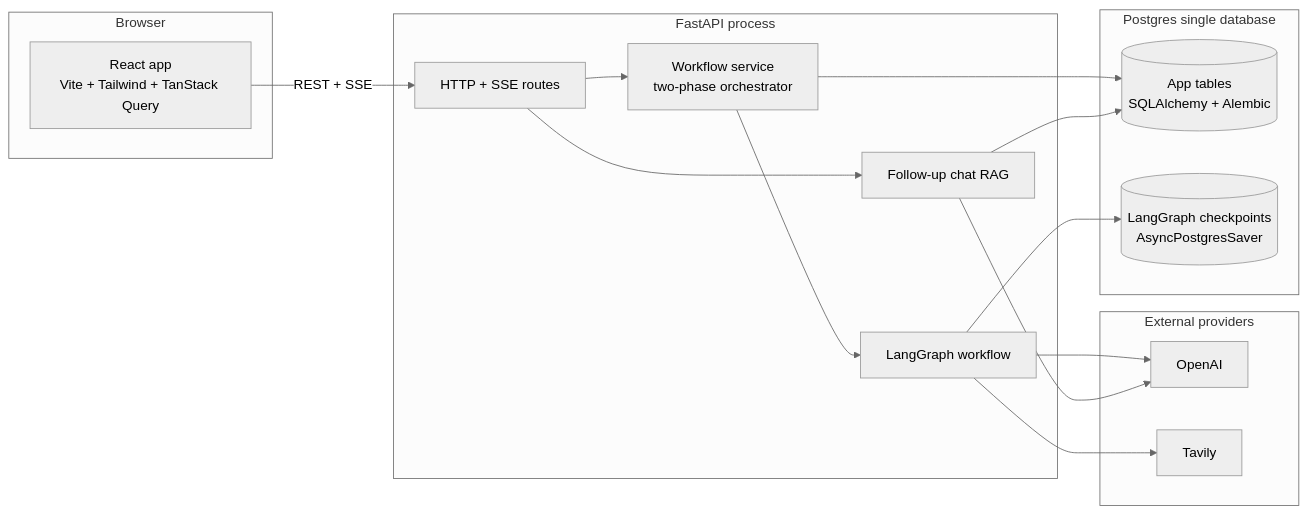
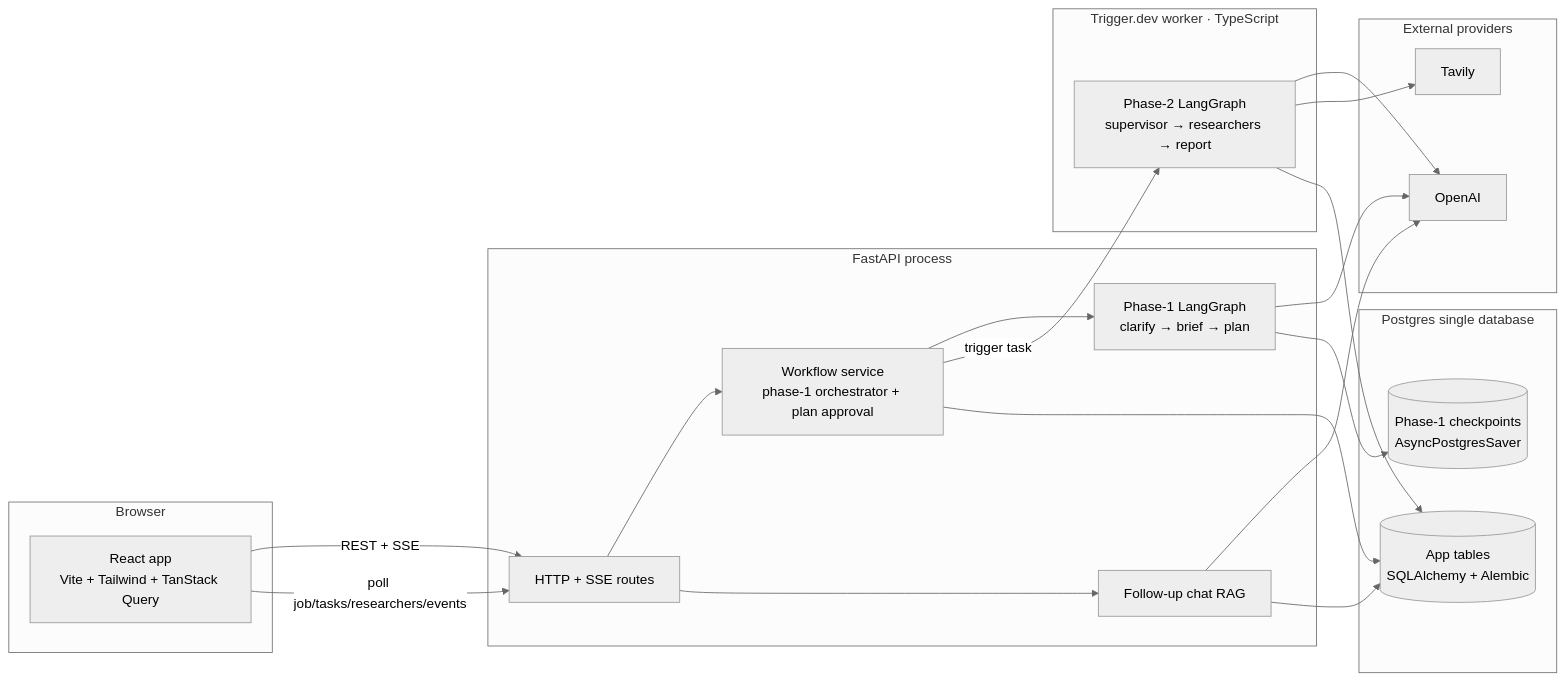
The first of 5 diagrams in docs/architecture.md (adi790uu/Research-Copilot), drawn with Mermaid (neutral theme) before and after one commit. The commit also changed other lines of this file and 47 other files, not shown here.

Commit message:
feat: flow and schema hanges

````diff
--- a/docs/architecture.md
+++ b/docs/architecture.md
@@ -7,30 +7,37 @@
 ```mermaid
 flowchart LR
   subgraph Browser
     FE[React app<br/>Vite + Tailwind + TanStack Query]
   end
-  subgraph Server[FastAPI process]
+  subgraph Backend[FastAPI process]
     API[HTTP + SSE routes]
-    SVC[Workflow service<br/>two-phase orchestrator]
-    GRAPH[LangGraph workflow]
+    SVC[Workflow service<br/>phase-1 orchestrator + plan approval]
+    G1[Phase-1 LangGraph<br/>clarify → brief → plan]
     CHAT[Follow-up chat RAG]
+  end
+  subgraph Worker[Trigger.dev worker · TypeScript]
+    G2[Phase-2 LangGraph<br/>supervisor → researchers → report]
   end
   subgraph Providers[External providers]
     LLM[OpenAI]
     SEARCH[Tavily]
   end
   subgraph Storage[Postgres single database]
     APPDB[(App tables<br/>SQLAlchemy + Alembic)]
-    CKPT[(LangGraph checkpoints<br/>AsyncPostgresSaver)]
+    CKPT[(Phase-1 checkpoints<br/>AsyncPostgresSaver)]
   end
 
   FE -- REST + SSE --> API
-  API --> SVC --> GRAPH
+  API --> SVC --> G1
   API --> CHAT
-  GRAPH --> LLM
-  GRAPH --> SEARCH
+  SVC -- trigger task --> G2
+  G1 --> LLM
+  G2 --> LLM
+  G2 --> SEARCH
   CHAT --> LLM
   SVC --> APPDB
-  GRAPH --> CKPT
+  G1 --> CKPT
+  G2 --> APPDB
   CHAT --> APPDB
+  FE -- poll job/tasks/researchers/events --> API
 ```
````
